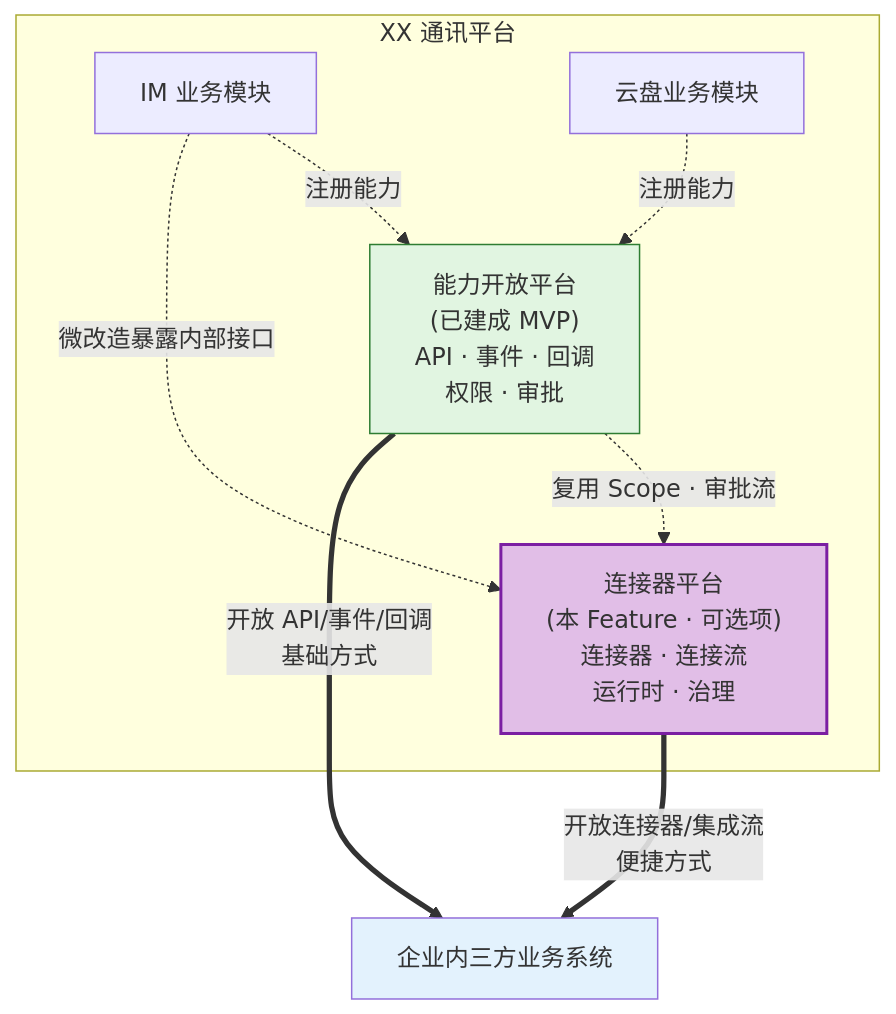
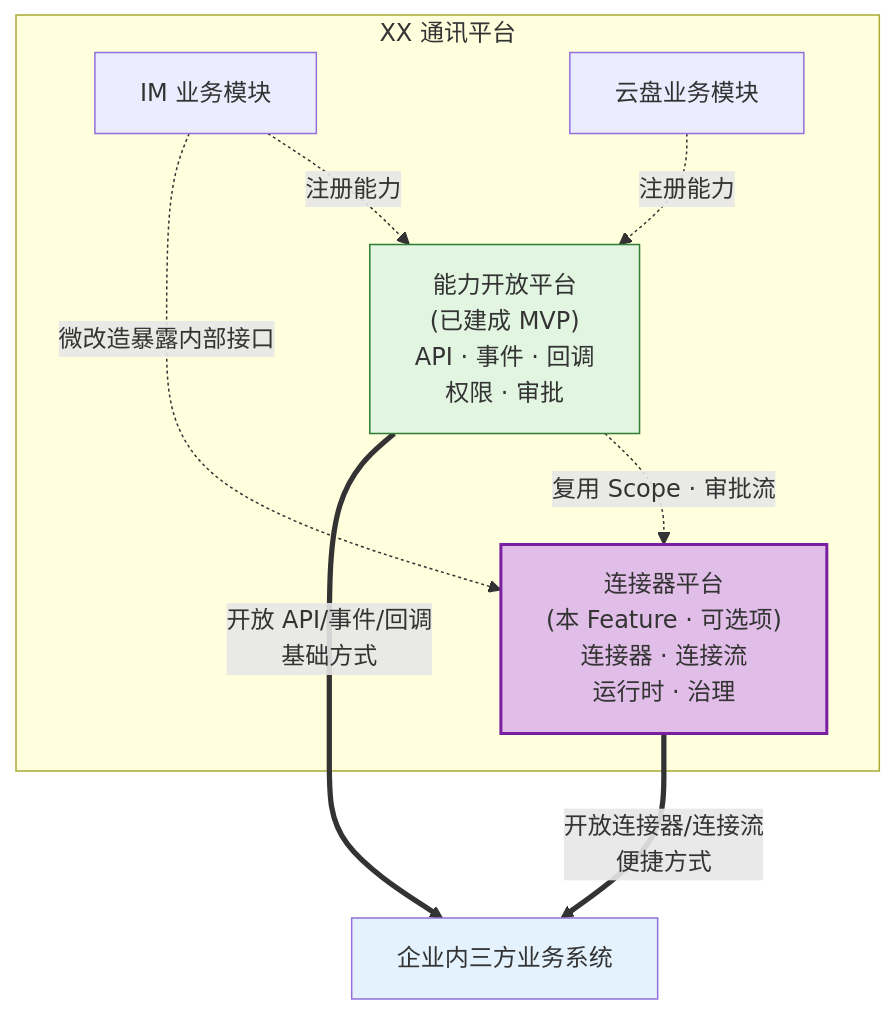
Before and after one commit to THZSummer/open-app: the first of 10 diagrams in .sddu/specs-tree-root/specs-tree-connector-platform/discovery-report.md, drawn with Mermaid. The commit also changed other lines of this file, not shown here.

First line of the commit message:
fix: 术语统一 — 全文'集成流'统一为'连接流'

````diff
--- a/.sddu/specs-tree-root/specs-tree-connector-platform/discovery-report.md
+++ b/.sddu/specs-tree-root/specs-tree-connector-platform/discovery-report.md
@@ -18,24 +18,24 @@
 ```mermaid
 graph TB
     subgraph XX["XX 通讯平台"]
         Biz_IM[IM 业务模块]
         Biz_Cloud[云盘业务模块]
         Cap["能力开放平台\n(已建成 MVP)\nAPI · 事件 · 回调\n权限 · 审批"]
         Conn["连接器平台\n(本 Feature · 可选项)\n连接器 · 连接流\n运行时 · 治理"]
     end
 
     Third["企业内三方业务系统"]
 
     Biz_IM -.->|注册能力| Cap
     Biz_Cloud -.->|注册能力| Cap
     Biz_IM -.->|微改造暴露内部接口| Conn
 
     Cap -.->|复用 Scope · 审批流| Conn
 
     Cap ==>|开放 API/事件/回调\n基础方式| Third
-    Conn ==>|开放连接器/集成流\n便捷方式| Third
+    Conn ==>|开放连接器/连接流\n便捷方式| Third
 
     style Conn fill:#e1bee7,stroke:#7b1fa2,stroke-width:2px
     style Cap fill:#e1f5e1,stroke:#2e7d32
     style Third fill:#e3f2fd
 ```
````
